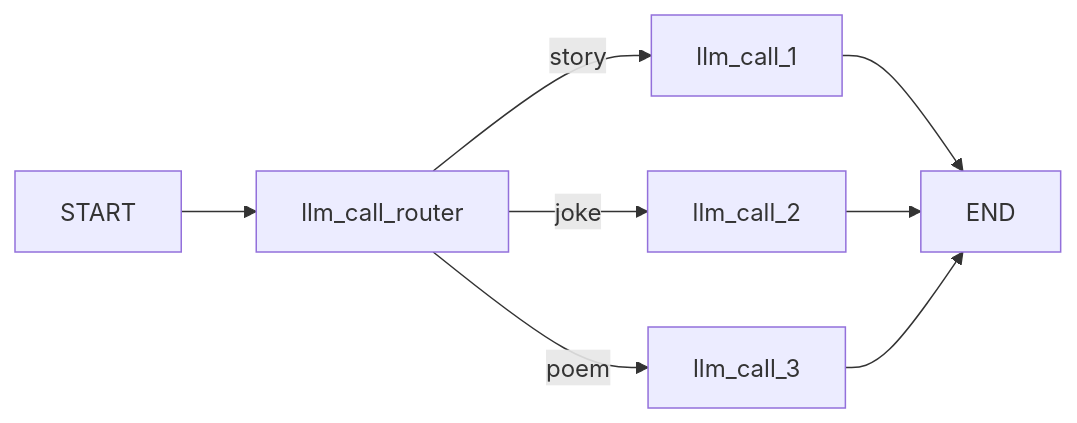
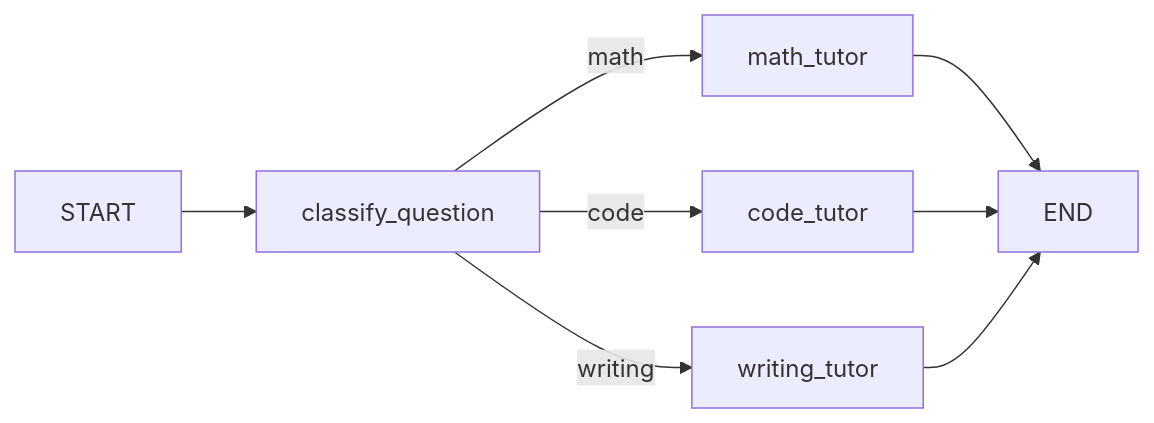
Before and after one commit to Walid-Ahmed/langgraph-tutorials: the diagram in 5-Workflows/02_routing.md, drawn with Mermaid. The commit also changed other lines of this file and 20 other files, not shown here.

````diff
--- a/5-Workflows/02_routing.md
+++ b/5-Workflows/02_routing.md
@@ -9,10 +7,10 @@
 ```mermaid
 flowchart LR
-    START --> llm_call_router
-    llm_call_router -->|story| llm_call_1
-    llm_call_router -->|joke| llm_call_2
-    llm_call_router -->|poem| llm_call_3
-    llm_call_1 --> END
-    llm_call_2 --> END
-    llm_call_3 --> END
+    START --> classify_question
+    classify_question -->|math| math_tutor
+    classify_question -->|code| code_tutor
+    classify_question -->|writing| writing_tutor
+    math_tutor --> END
+    code_tutor --> END
+    writing_tutor --> END
 ```
````
